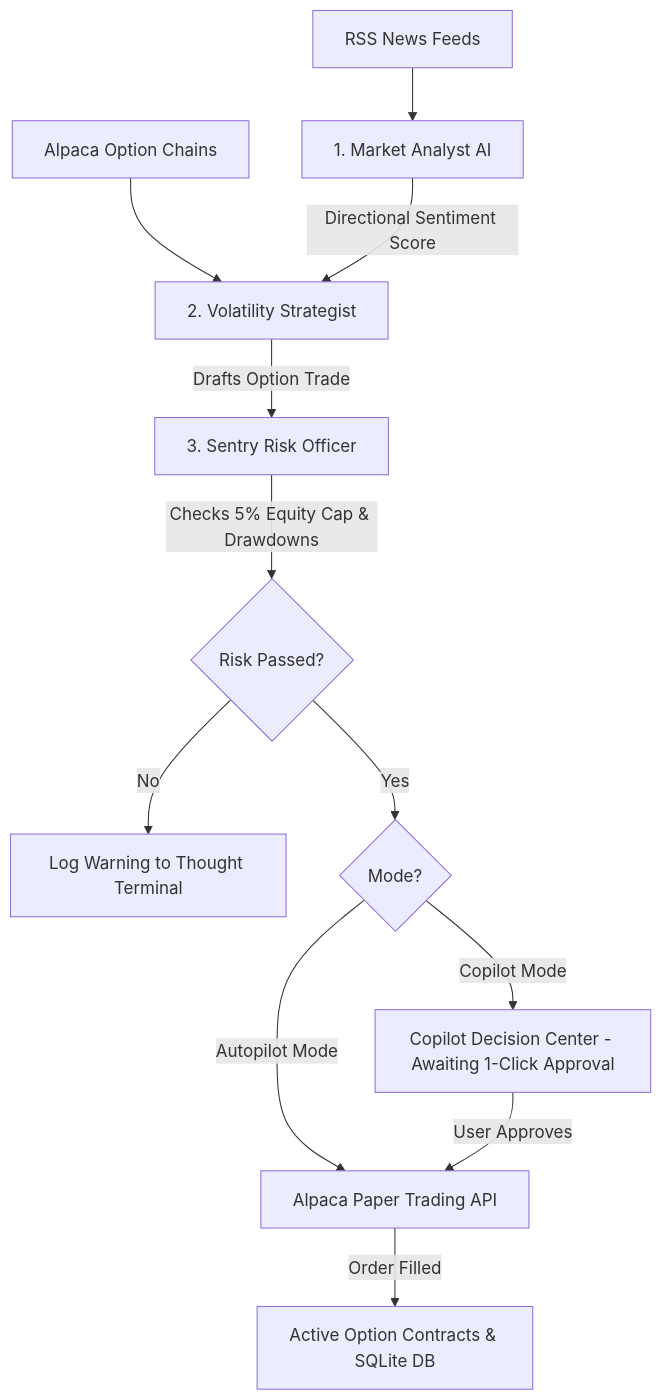
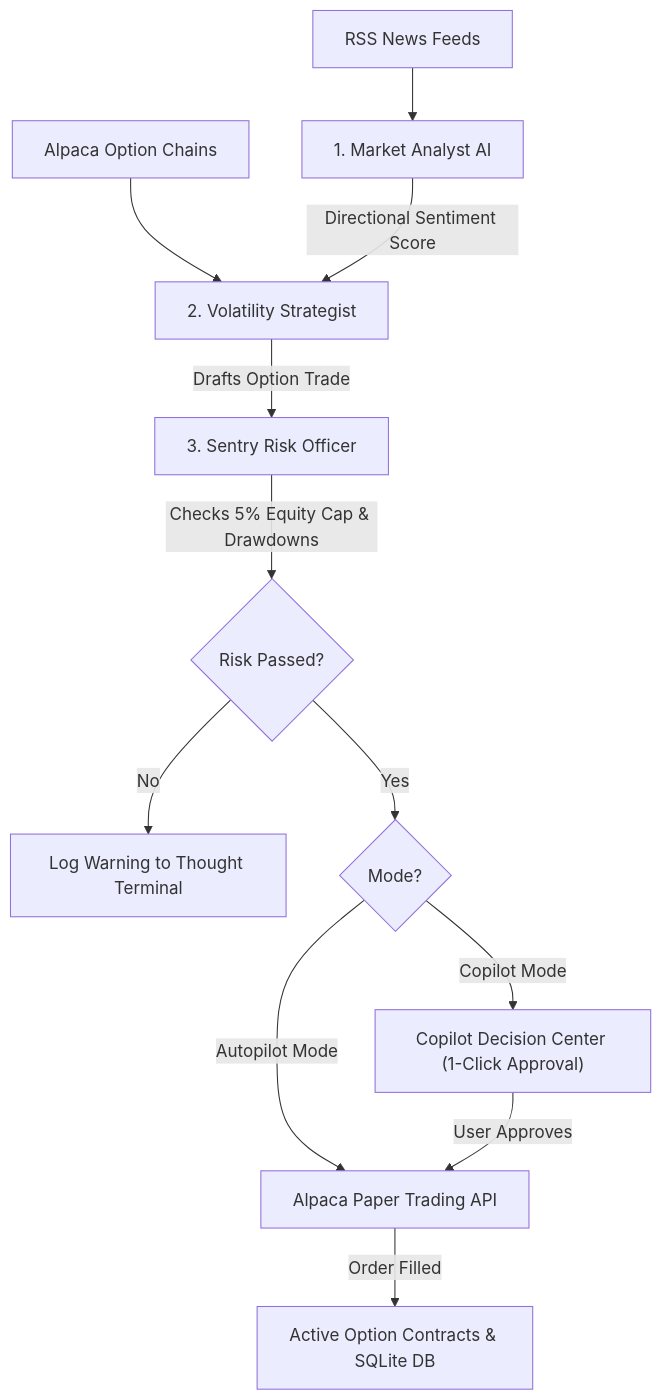
One commit to abdullasibghat/SentryTheta-AI changed the diagram in README.md. Above: the diagram before and after it, drawn with Mermaid. The commit also changed other lines of this file, not shown here.

Commit message:
Revise README with updated architecture and repo URL
Updated system architecture diagram labels and changed repository URL in the Quick Start section.

````diff
--- a/README.md
+++ b/README.md
@@ -46,14 +46,14 @@
 ```mermaid
 flowchart TD
-    News[RSS News Feeds] --> Analyst[1. Market Analyst AI]
-    AlpacaData[Alpaca Option Chains] --> Strategist[2. Volatility Strategist]
-    Analyst -->|Directional Sentiment Score| Strategist
-    Strategist -->|Drafts Option Trade| RiskOfficer[3. Sentry Risk Officer]
-    RiskOfficer -->|Checks 5% Equity Cap & Drawdowns| Gatekeeper{Risk Passed?}
-    Gatekeeper -->|No| TerminalLogs[Log Warning to Thought Terminal]
-    Gatekeeper -->|Yes| ModeCheck{Mode?}
-    ModeCheck -->|Copilot Mode| UIQueue[Copilot Decision Center - Awaiting 1-Click Approval]
-    ModeCheck -->|Autopilot Mode| Broker[Alpaca Paper Trading API]
-    UIQueue -->|User Approves| Broker
-    Broker -->|Order Filled| ActiveRegistry[Active Option Contracts & SQLite DB]
+    News["RSS News Feeds"] --> Analyst["1. Market Analyst AI"]
+    AlpacaData["Alpaca Option Chains"] --> Strategist["2. Volatility Strategist"]
+    Analyst -->|"Directional Sentiment Score"| Strategist
+    Strategist -->|"Drafts Option Trade"| RiskOfficer["3. Sentry Risk Officer"]
+    RiskOfficer -->|"Checks 5% Equity Cap & Drawdowns"| Gatekeeper{"Risk Passed?"}
+    Gatekeeper -->|"No"| TerminalLogs["Log Warning to Thought Terminal"]
+    Gatekeeper -->|"Yes"| ModeCheck{"Mode?"}
+    ModeCheck -->|"Copilot Mode"| UIQueue["Copilot Decision Center (1-Click Approval)"]
+    ModeCheck -->|"Autopilot Mode"| Broker["Alpaca Paper Trading API"]
+    UIQueue -->|"User Approves"| Broker
+    Broker -->|"Order Filled"| ActiveRegistry["Active Option Contracts & SQLite DB"]
 ```
````
